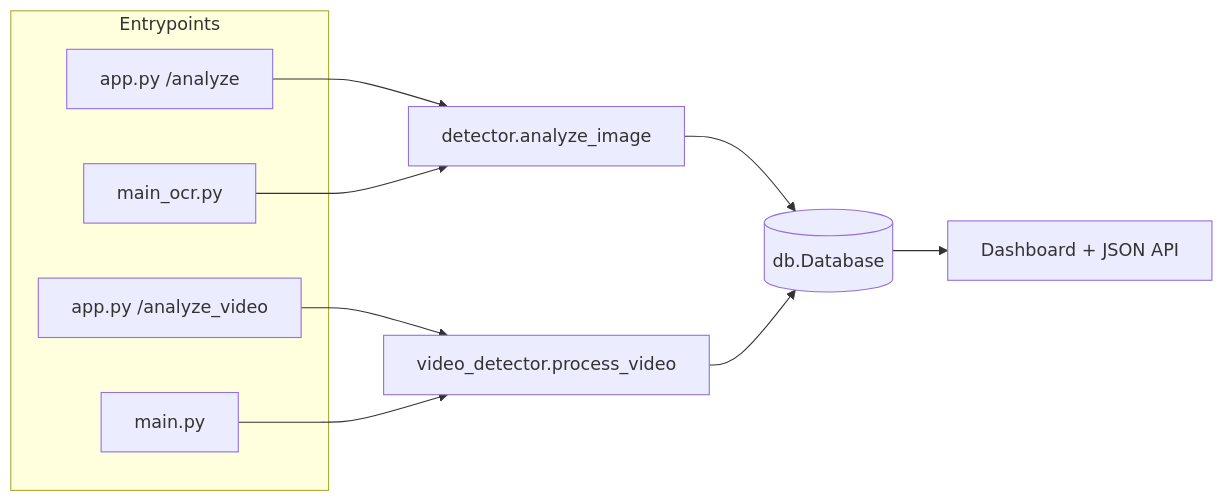
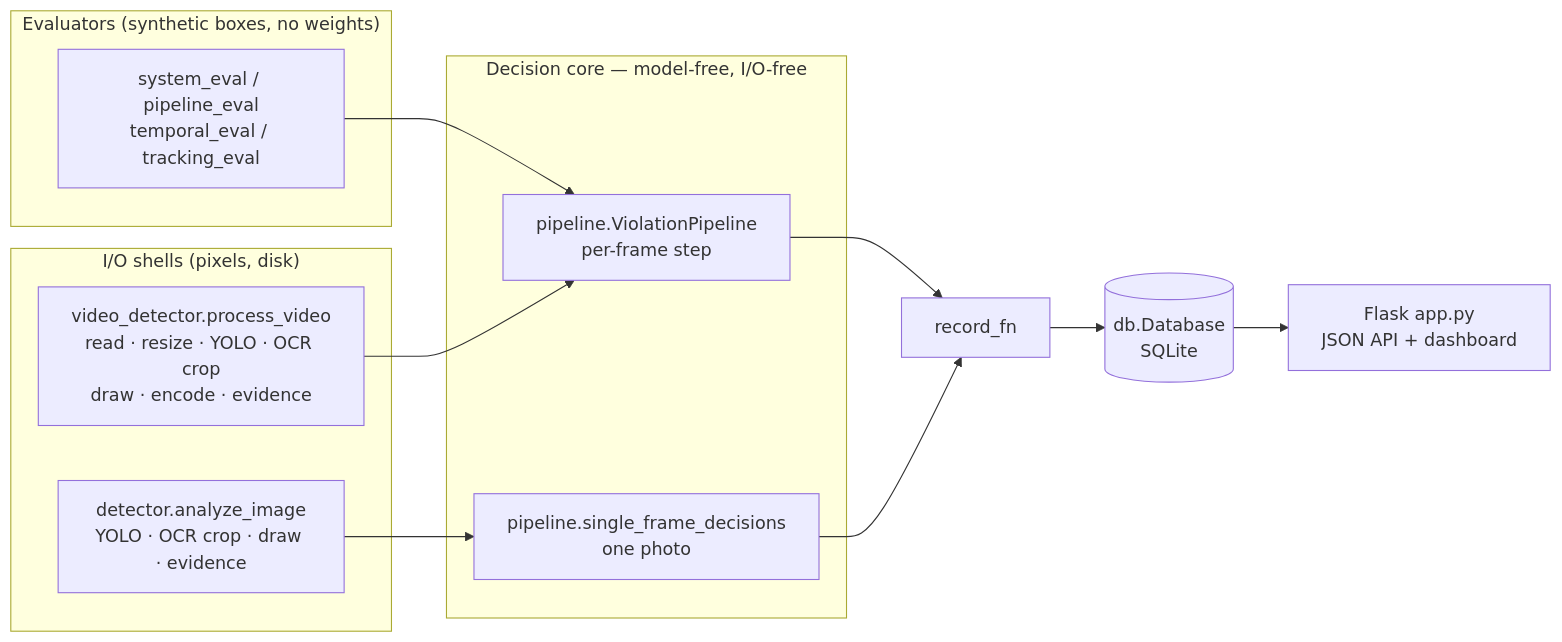
One commit to adivishall/two-wheeler-safety changed the first of 3 diagrams in docs/ARCHITECTURE.md. Above: the diagram before and after it, drawn with Mermaid. The commit also changed other lines of this file and 3 other files, not shown here.

Commit message:
docs: architecture, API, security and decision records for the shared core

````diff
--- a/docs/ARCHITECTURE.md
+++ b/docs/ARCHITECTURE.md
@@ -18,16 +12,21 @@
 ```mermaid
 flowchart LR
-    subgraph Entrypoints
-        A1[app.py /analyze]
-        A2[app.py /analyze_video]
-        C1[main_ocr.py]
-        C2[main.py]
+    subgraph Shells["I/O shells (pixels, disk)"]
+        VD[video_detector.process_video<br/>read · resize · YOLO · OCR crop<br/>draw · encode · evidence]
+        IM[detector.analyze_image<br/>YOLO · OCR crop · draw · evidence]
     end
-    A1 --> D[detector.analyze_image]
-    C1 --> D
-    A2 --> V[video_detector.process_video]
-    C2 --> V
-    D --> DB[(db.Database)]
-    V --> DB
-    DB --> UI[Dashboard + JSON API]
+    subgraph Core["Decision core — model-free, I/O-free"]
+        VP[pipeline.ViolationPipeline<br/>per-frame step]
+        SF[pipeline.single_frame_decisions<br/>one photo]
+    end
+    subgraph Eval["Evaluators (synthetic boxes, no weights)"]
+        SE[system_eval / pipeline_eval<br/>temporal_eval / tracking_eval]
+    end
+    VD --> VP
+    IM --> SF
+    SE --> VP
+    VP --> REC[record_fn]
+    SF --> REC
+    REC --> DB[(db.Database<br/>SQLite)]
+    DB --> API[Flask app.py<br/>JSON API + dashboard]
 ```
````
